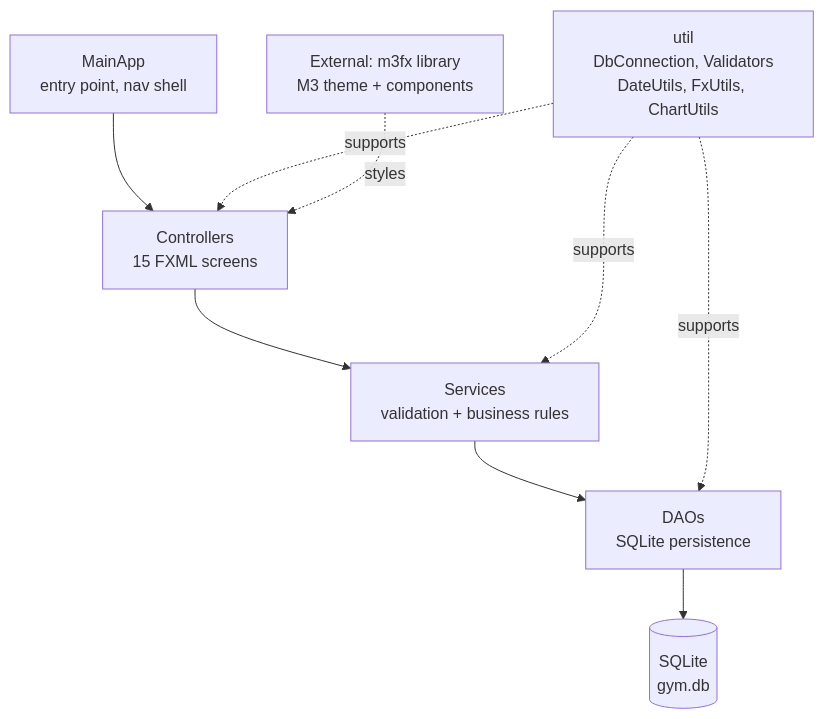
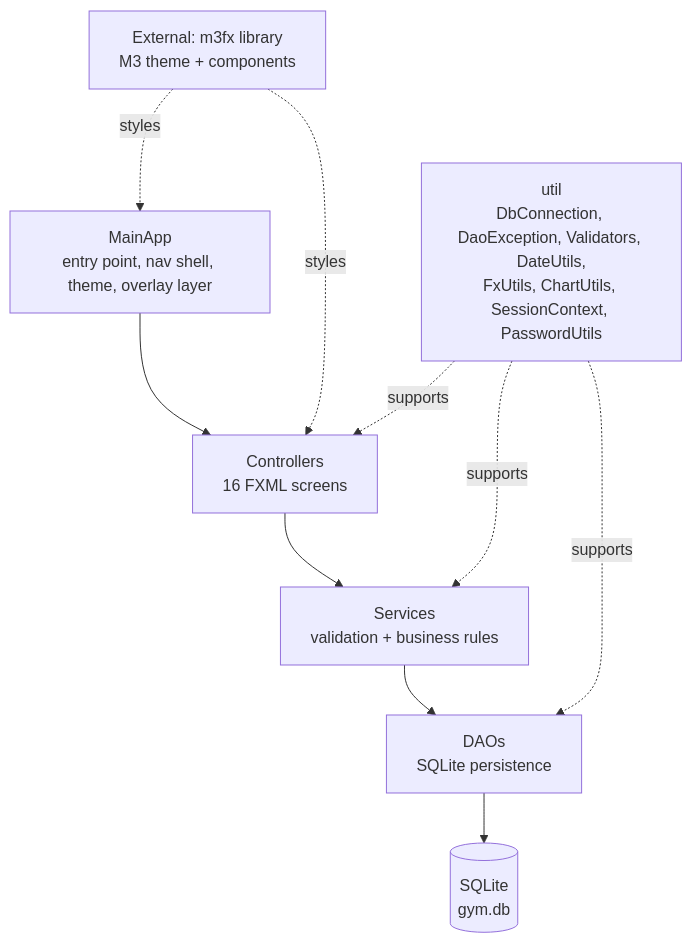
One commit to Agono0/gym-management-system changed the second of 6 diagrams in docs/UML.md. Above: the diagram before and after it, drawn with Mermaid. The commit also changed other lines of this file and 10 other files, not shown here.

````diff
--- a/docs/UML.md
+++ b/docs/UML.md
@@ -457,11 +350,12 @@
 ```mermaid
 flowchart TD
-    APP[MainApp<br/>entry point, nav shell] --> CTRL[Controllers<br/>15 FXML screens]
+    APP[MainApp<br/>entry point, nav shell, theme, overlay layer] --> CTRL[Controllers<br/>16 FXML screens]
     CTRL --> SRV[Services<br/>validation + business rules]
     SRV --> DAO[DAOs<br/>SQLite persistence]
     DAO --> DB[(SQLite<br/>gym.db)]
-    UTIL[util<br/>DbConnection, Validators<br/>DateUtils, FxUtils, ChartUtils] -. supports .-> SRV
+    M3FX[External: m3fx library<br/>M3 theme + components] -. styles .-> APP
+    M3FX -. styles .-> CTRL
+    UTIL[util<br/>DbConnection, DaoException, Validators, DateUtils,<br/>FxUtils, ChartUtils, SessionContext, PasswordUtils] -. supports .-> SRV
     UTIL -. supports .-> CTRL
     UTIL -. supports .-> DAO
-    M3FX[External: m3fx library<br/>M3 theme + components] -. styles .-> CTRL
 ```
````
